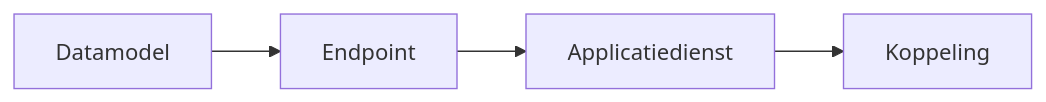
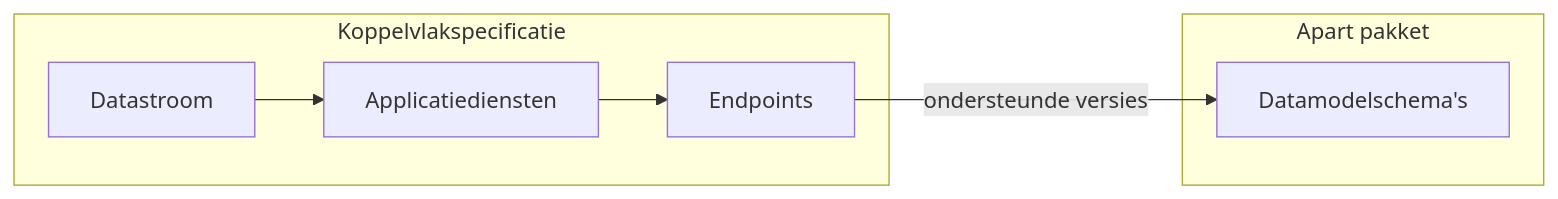
One commit to Npuls-OKx/meta changed the fourth of 5 diagrams in presentaties/src/260915_kerngroep_techniek.md. Above: the diagram before and after it, drawn with Mermaid. The commit also changed other lines of this file, not shown here.

````diff
--- a/presentaties/src/260915_kerngroep_techniek.md
+++ b/presentaties/src/260915_kerngroep_techniek.md
@@ -165,4 +295,10 @@
-```mermaid
+```mermaid {scale: 0.75}
 flowchart LR
-  D["Datamodel"] --> E["Endpoint"] --> S["Applicatiedienst"] --> K["Koppeling"]
+  subgraph KV["Koppelvlakspecificatie"]
+    D["Datastroom"] --> A["Applicatiediensten"] --> E["Endpoints"]
+  end
+  subgraph DM["Apart pakket"]
+    S["Datamodelschema's"]
+  end
+  E -->|ondersteunde versies| S
 ```
````
